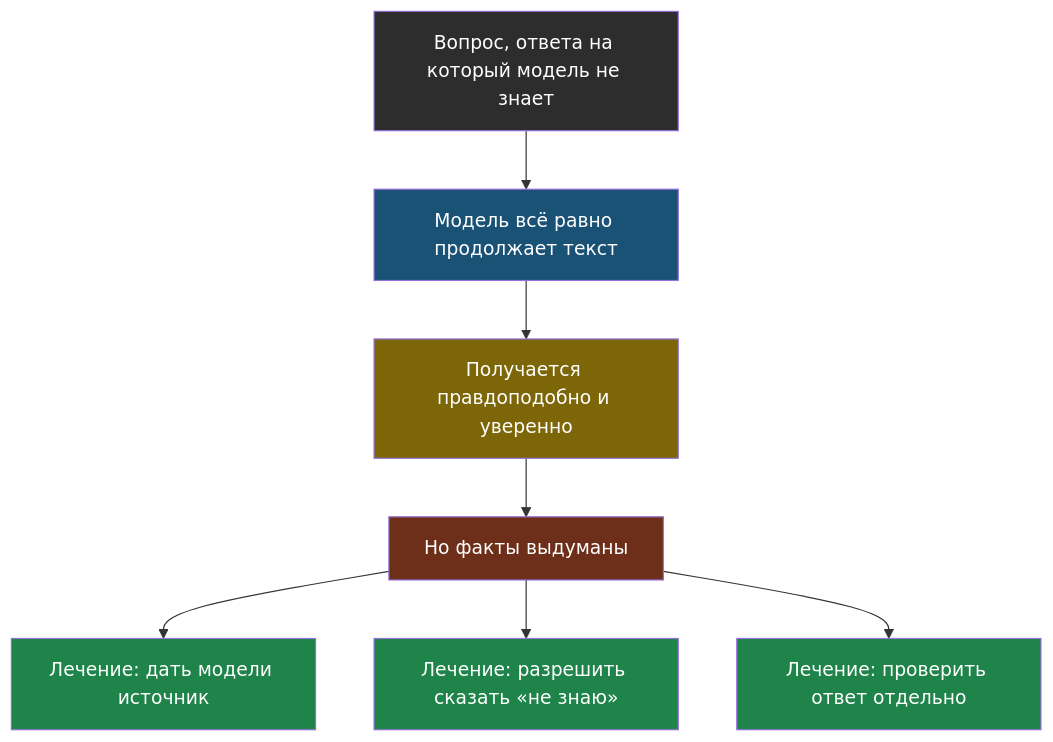
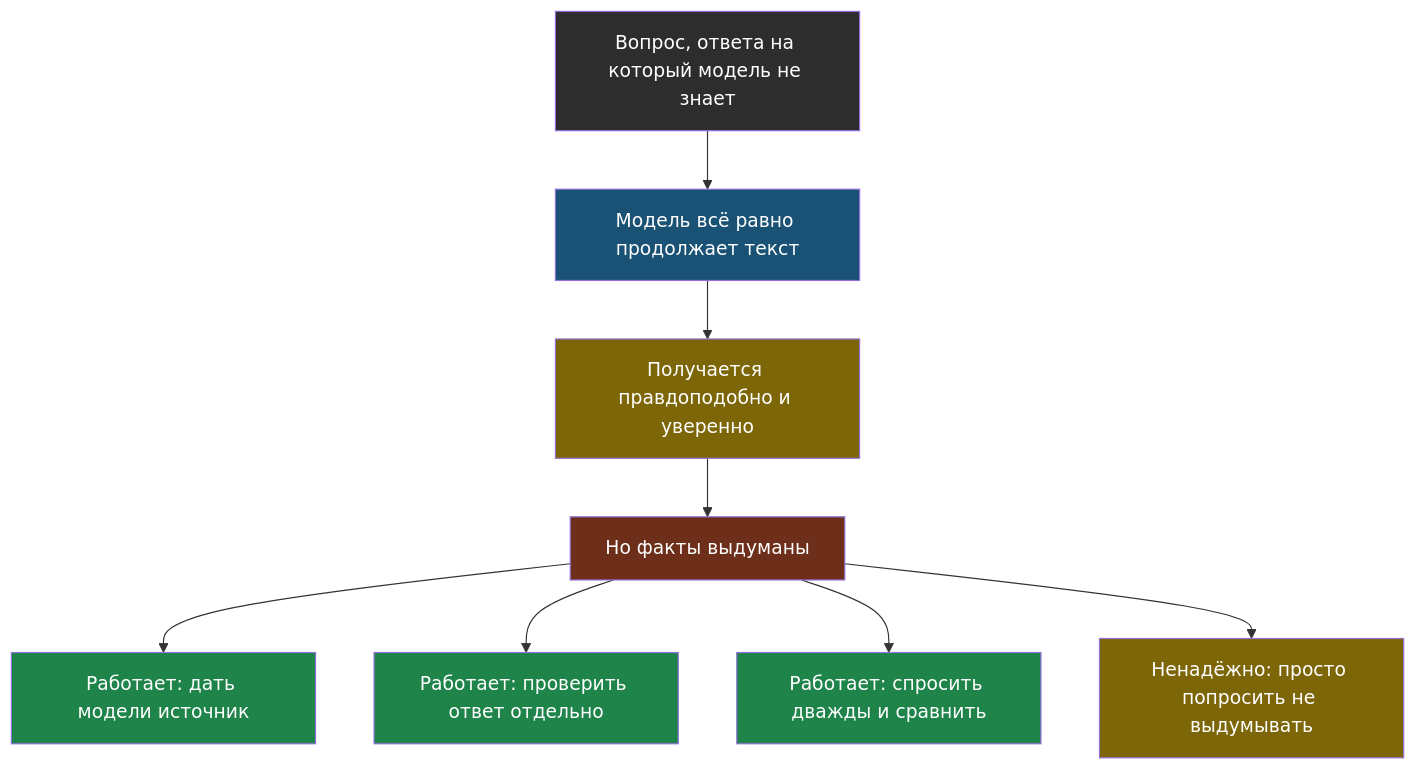
One commit to iRoboTron/ai-engineering-school changed the second of 2 diagrams in docs/books/01-llm-osnovy/chapter-02.md. Above: the diagram before and after it, drawn with Mermaid. The commit also changed other lines of this file and 28 other files, not shown here.

````diff
--- a/docs/books/01-llm-osnovy/chapter-02.md
+++ b/docs/books/01-llm-osnovy/chapter-02.md
@@ -72,16 +72,18 @@
 ```mermaid
 flowchart TD
     A["Вопрос, ответа на который модель не знает"] --> B["Модель всё равно продолжает текст"]
     B --> C["Получается правдоподобно и уверенно"]
     C --> D["Но факты выдуманы"]
-    D --> E["Лечение: дать модели источник"]
-    D --> F["Лечение: разрешить сказать «не знаю»"]
-    D --> G["Лечение: проверить ответ отдельно"]
+    D --> E["Работает: дать модели источник"]
+    D --> G["Работает: проверить ответ отдельно"]
+    D --> H["Работает: спросить дважды и сравнить"]
+    D --> F["Ненадёжно: просто попросить не выдумывать"]
     style A fill:#2d2d2d,color:#fff
     style B fill:#1a5276,color:#fff
     style C fill:#7d6608,color:#fff
     style D fill:#6e2f1a,color:#fff
     style E fill:#1e8449,color:#fff
-    style F fill:#1e8449,color:#fff
     style G fill:#1e8449,color:#fff
+    style H fill:#1e8449,color:#fff
+    style F fill:#7d6608,color:#fff
 ```
````
